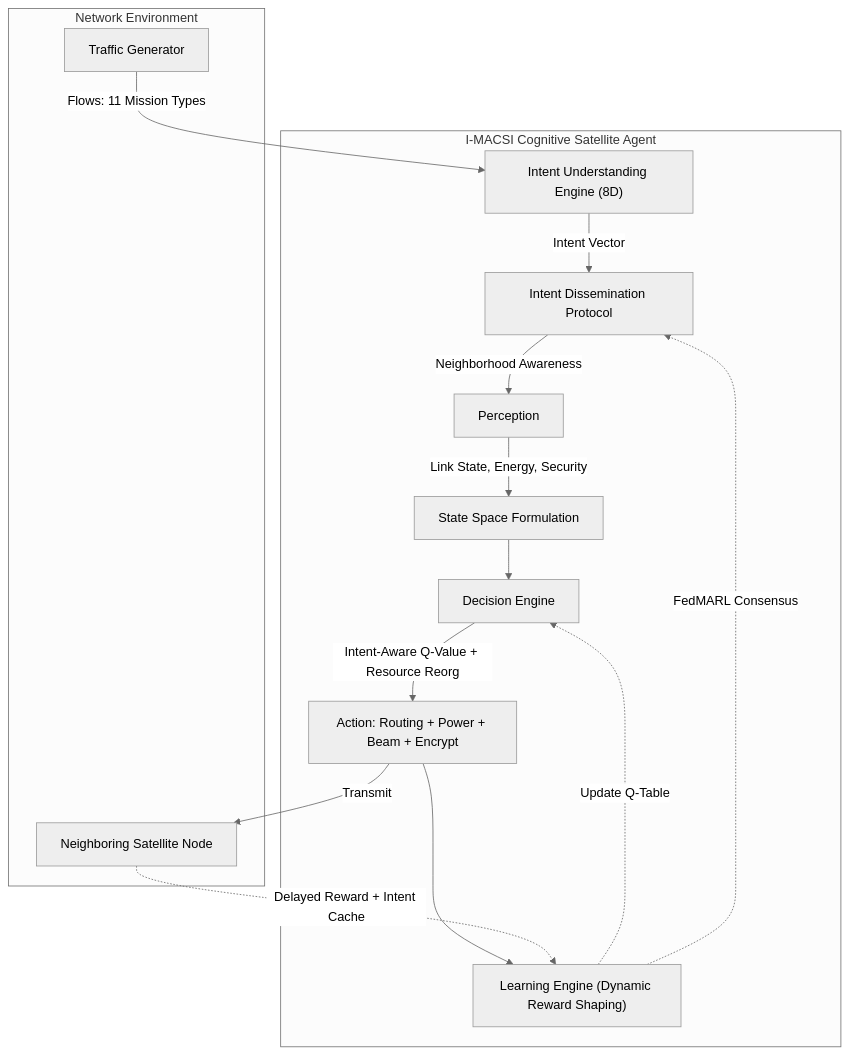
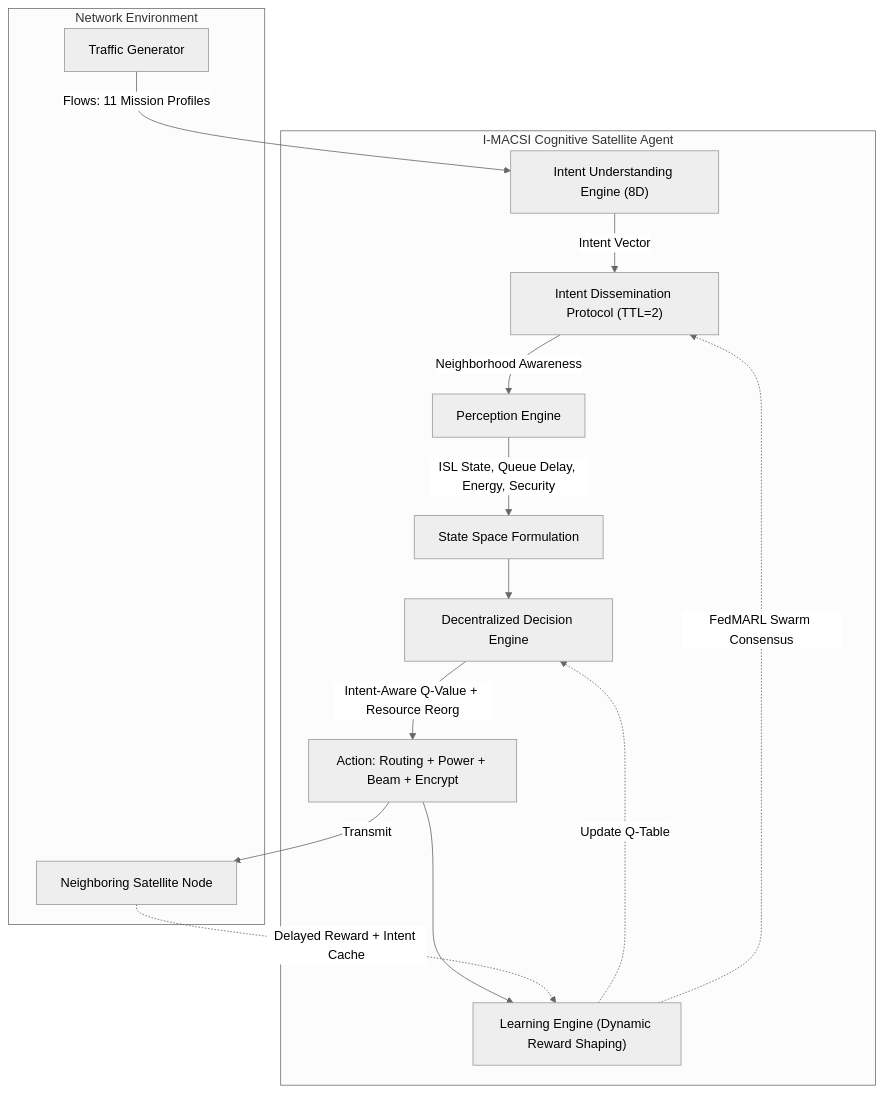
Before and after one commit to yashashdahat-dev/PBL-project: the diagram in README.md, drawn with Mermaid (neutral theme). The commit also changed other lines of this file and 378 other files, not shown here.

Commit message:
chore: remove tracked pycache, temp artifacts, and duplicate graph folders; organize core project structure

````diff
--- a/README.md
+++ b/README.md
@@ -26,19 +46,19 @@
 ```mermaid
 graph TD
     subgraph "I-MACSI Cognitive Satellite Agent"
-        IUE["Intent Understanding Engine (8D)"] -->|Intent Vector| IDP["Intent Dissemination Protocol"]
-        IDP -->|Neighborhood Awareness| P["Perception"]
-        P -->|"Link State, Energy, Security"| S["State Space Formulation"]
-        S --> D["Decision Engine"]
+        IUE["Intent Understanding Engine (8D)"] -->|Intent Vector| IDP["Intent Dissemination Protocol (TTL=2)"]
+        IDP -->|Neighborhood Awareness| P["Perception Engine"]
+        P -->|"ISL State, Queue Delay, Energy, Security"| S["State Space Formulation"]
+        S --> D["Decentralized Decision Engine"]
         D -->|"Intent-Aware Q-Value + Resource Reorg"| A["Action: Routing + Power + Beam + Encrypt"]
         A --> L["Learning Engine (Dynamic Reward Shaping)"]
         L -.->|"Update Q-Table"| D
-        L -.->|"FedMARL Consensus"| IDP
+        L -.->|"FedMARL Swarm Consensus"| IDP
     end
     
     subgraph "Network Environment"
-        T["Traffic Generator"] -->|"Flows: 11 Mission Types"| IUE
+        T["Traffic Generator"] -->|"Flows: 11 Mission Profiles"| IUE
         A -->|Transmit| N["Neighboring Satellite Node"]
         N -.->|"Delayed Reward + Intent Cache"| L
     end
 ```
````
